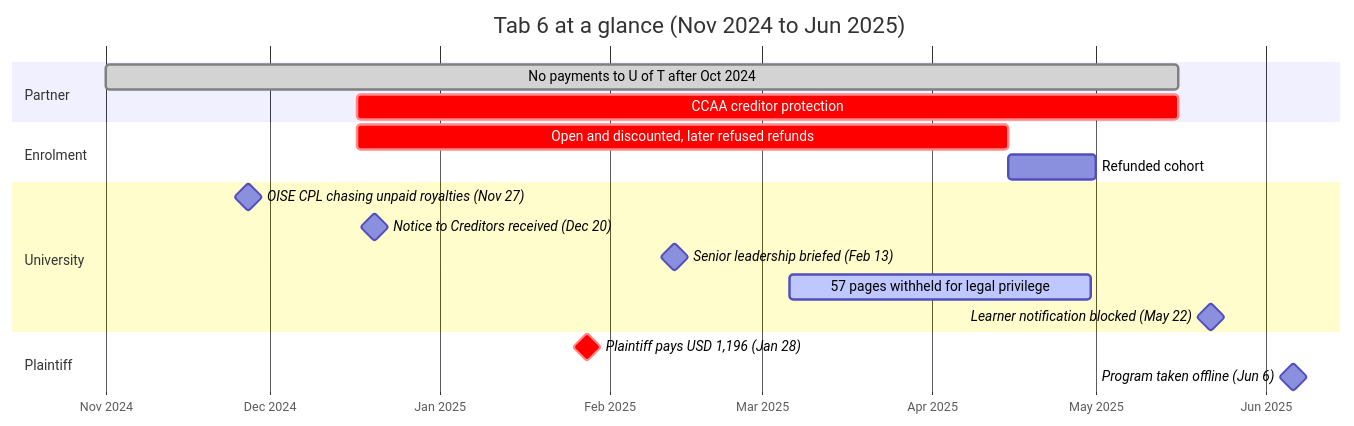
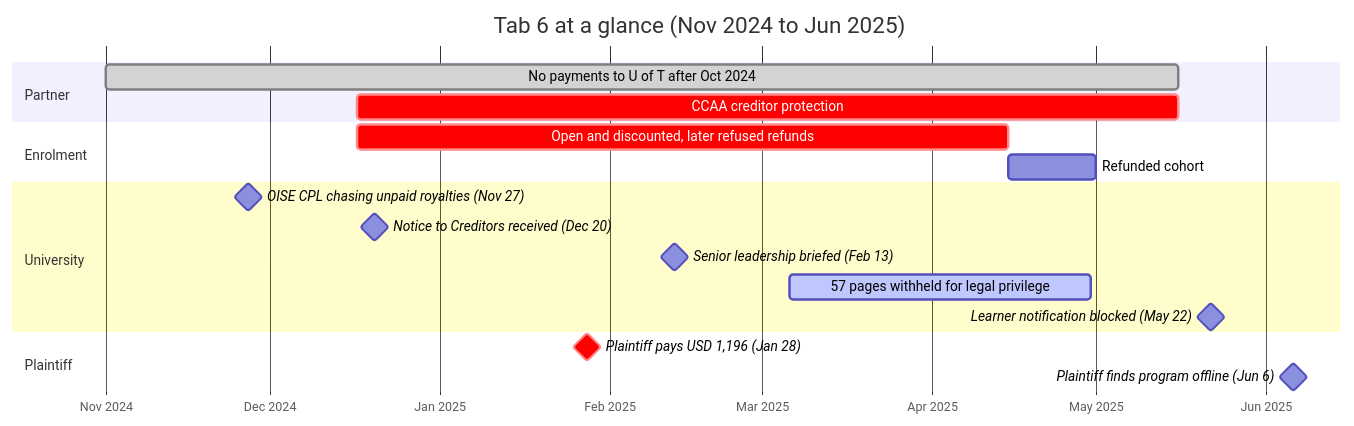
One commit to whistleblower33/University-of-Toronto-OISE-TEFL-Certificate-Scandal changed the second of 2 diagrams in README.md. Above: the diagram before and after it, drawn with Mermaid. The commit also changed other lines of this file, not shown here.

````diff
--- a/README.md
+++ b/README.md
@@ -152,27 +151,27 @@
 ```mermaid
 gantt
     title Tab 6 at a glance (Nov 2024 to Jun 2025)
     dateFormat YYYY-MM-DD
     axisFormat %b %Y
     tickInterval 1month
     todayMarker off
 
     section Partner
     No payments to U of T after Oct 2024          :done, p1, 2024-11-01, 2025-05-16
     CCAA creditor protection                      :crit, p2, 2024-12-17, 2025-05-16
 
     section Enrolment
     Open and discounted, later refused refunds    :crit, e1, 2024-12-17, 2025-04-15
     Refunded cohort                               :e2, 2025-04-15, 2025-05-01
 
     section University
     OISE CPL chasing unpaid royalties (Nov 27)    :milestone, u0, 2024-11-27, 0d
     Notice to Creditors received (Dec 20)         :milestone, u1, 2024-12-20, 0d
     Senior leadership briefed (Feb 13)            :milestone, u2, 2025-02-13, 0d
     57 pages withheld for legal privilege         :active, u3, 2025-03-06, 2025-04-30
     Learner notification blocked (May 22)         :milestone, u4, 2025-05-22, 0d
 
     section Plaintiff
     Plaintiff pays USD 1,196 (Jan 28)             :crit, milestone, s1, 2025-01-28, 0d
-    Program taken offline (Jun 6)                 :milestone, s2, 2025-06-06, 0d
+    Plaintiff finds program offline (Jun 6)       :milestone, s2, 2025-06-06, 0d
 ```
````
